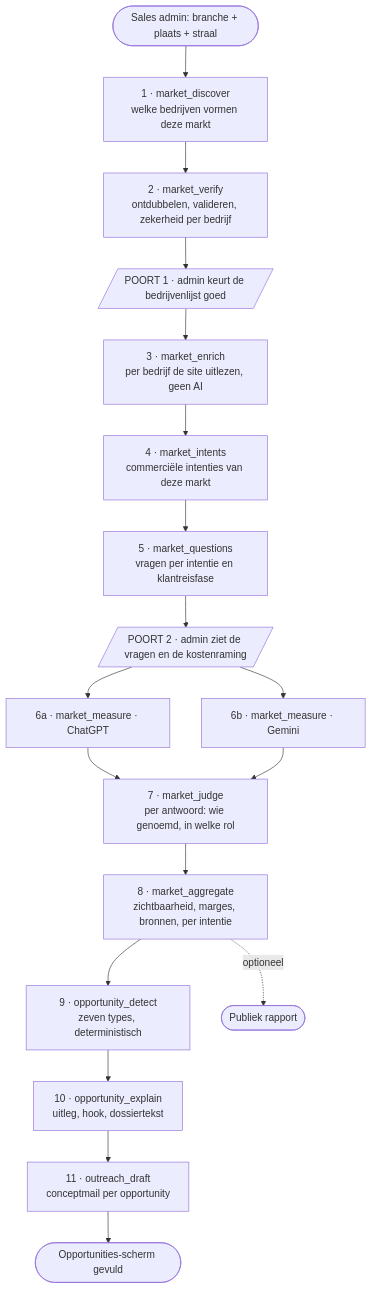
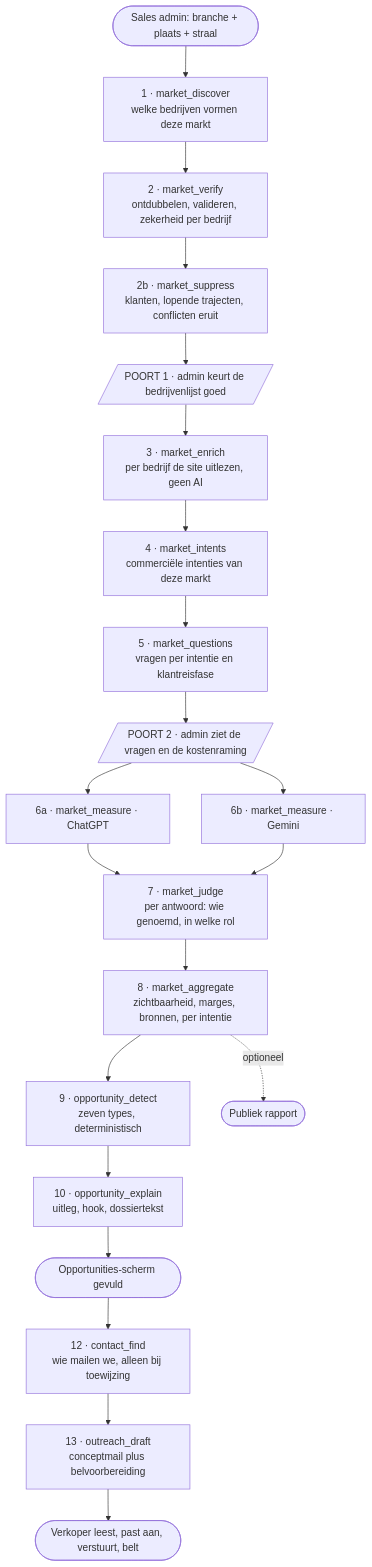
Before and after one commit to JanWillemKoopman/GEO: the second of 2 diagrams in docs/tasks/geo-prospect-engine.md, drawn with Mermaid. The commit also changed other lines of this file, not shown here.

````diff
--- a/docs/tasks/geo-prospect-engine.md
+++ b/docs/tasks/geo-prospect-engine.md
@@ -517,20 +538,23 @@
 ```mermaid
 flowchart TD
     A([Sales admin: branche + plaats + straal]) --> B[1 · market_discover<br/>welke bedrijven vormen deze markt]
     B --> C[2 · market_verify<br/>ontdubbelen, valideren, zekerheid per bedrijf]
-    C --> P1[/POORT 1 · admin keurt de bedrijvenlijst goed/]
+    C --> C2[2b · market_suppress<br/>klanten, lopende trajecten, conflicten eruit]
+    C2 --> P1[/POORT 1 · admin keurt de bedrijvenlijst goed/]
     P1 --> D[3 · market_enrich<br/>per bedrijf de site uitlezen, geen AI]
     D --> E[4 · market_intents<br/>commerciële intenties van deze markt]
     E --> F[5 · market_questions<br/>vragen per intentie en klantreisfase]
     F --> P2[/POORT 2 · admin ziet de vragen en de kostenraming/]
     P2 --> G1[6a · market_measure · ChatGPT]
     P2 --> G2[6b · market_measure · Gemini]
     G1 --> H[7 · market_judge<br/>per antwoord: wie genoemd, in welke rol]
     G2 --> H
     H --> I[8 · market_aggregate<br/>zichtbaarheid, marges, bronnen, per intentie]
     I --> J[9 · opportunity_detect<br/>zeven types, deterministisch]
     J --> K[10 · opportunity_explain<br/>uitleg, hook, dossiertekst]
-    K --> L[11 · outreach_draft<br/>conceptmail per opportunity]
-    L --> M([Opportunities-scherm gevuld])
+    K --> M([Opportunities-scherm gevuld])
+    M --> N1[12 · contact_find<br/>wie mailen we, alleen bij toewijzing]
+    N1 --> L[13 · outreach_draft<br/>conceptmail plus belvoorbereiding]
+    L --> Z([Verkoper leest, past aan, verstuurt, belt])
     I -.optioneel.-> N([Publiek rapport])
 ```
````
